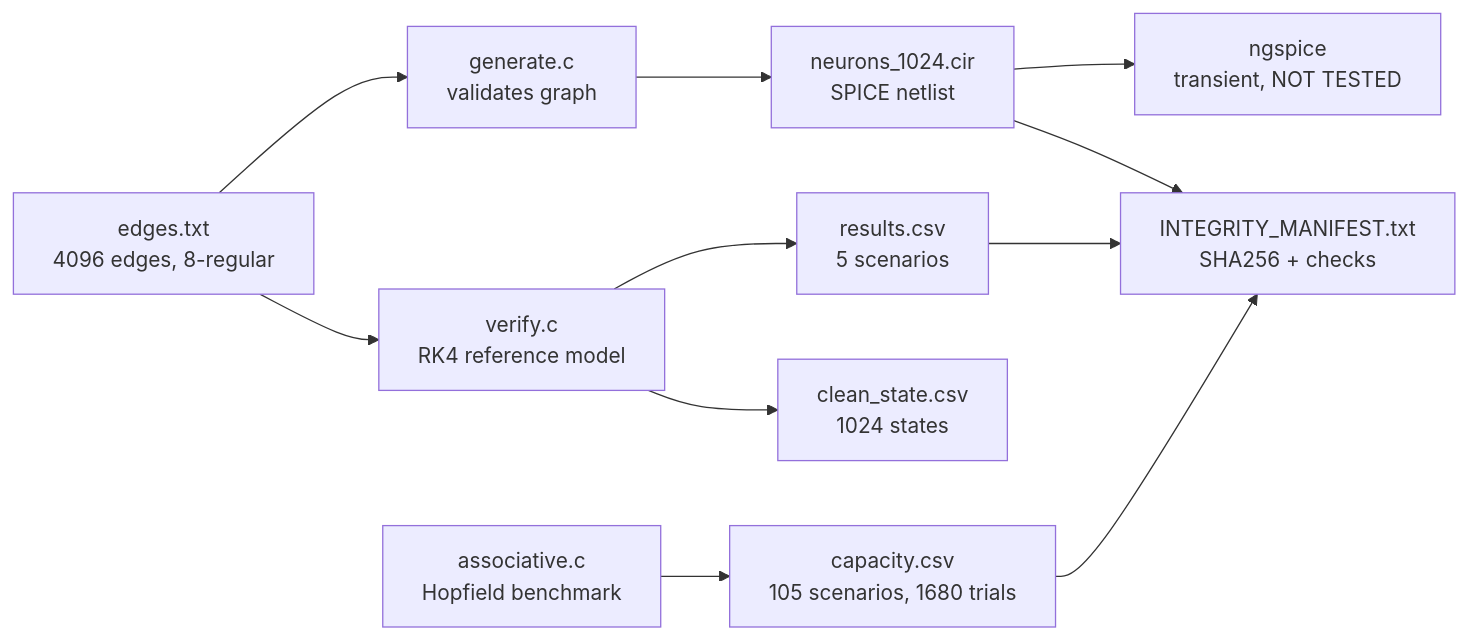
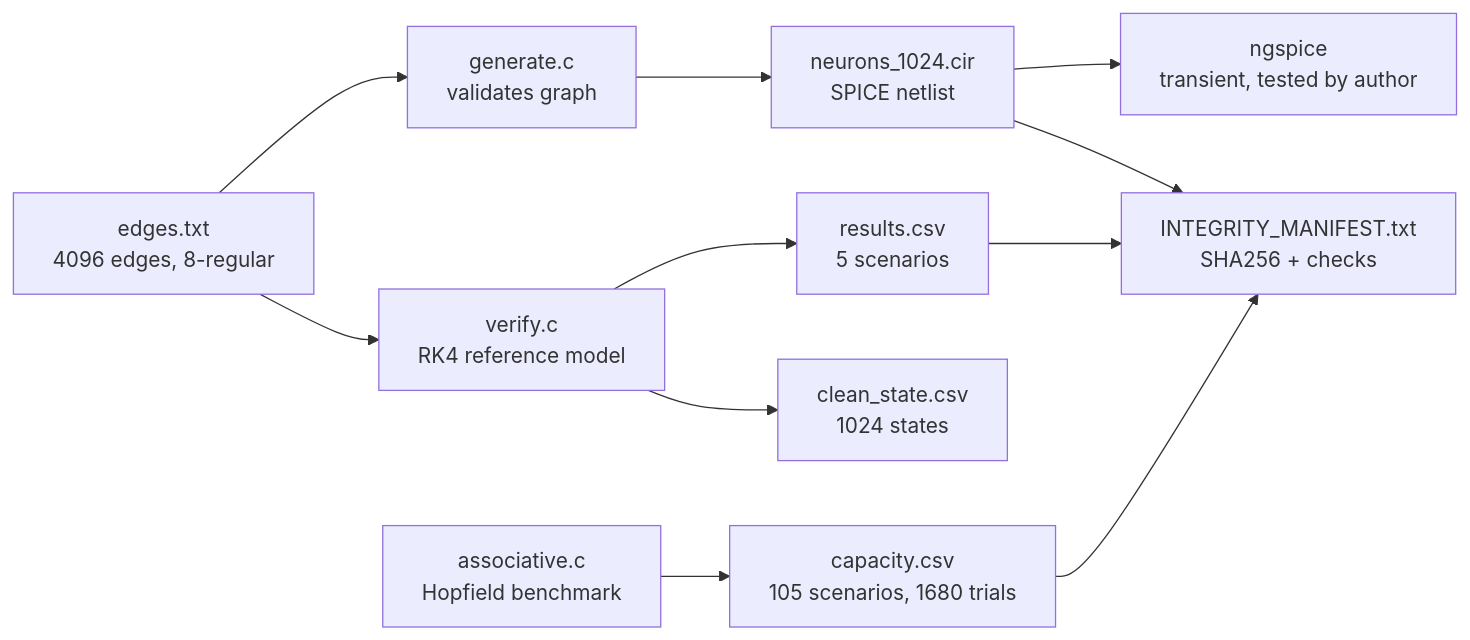
The diagram in README.md (AHMADALIPARR/cognition-netlist), drawn with Mermaid before and after one commit. The commit also changed other lines of this file, not shown here.

First line of the commit message:
Correct README: SPICE transient and Liquid Haskell verification were tested by the author

````diff
--- a/README.md
+++ b/README.md
@@ -4346,13 +4346,13 @@
 ```mermaid
 flowchart LR
     E[edges.txt<br/>4096 edges, 8-regular] --> G[generate.c<br/>validates graph]
     G --> N[neurons_1024.cir<br/>SPICE netlist]
-    N --> S[ngspice<br/>transient, NOT TESTED]
+    N --> S[ngspice<br/>transient, tested by author]
     E --> V[verify.c<br/>RK4 reference model]
     V --> R[results.csv<br/>5 scenarios]
     V --> C[clean_state.csv<br/>1024 states]
     A[associative.c<br/>Hopfield benchmark] --> P[capacity.csv<br/>105 scenarios, 1680 trials]
     R --> M[INTEGRITY_MANIFEST.txt<br/>SHA256 + checks]
     P --> M
     N --> M
 ```
````
